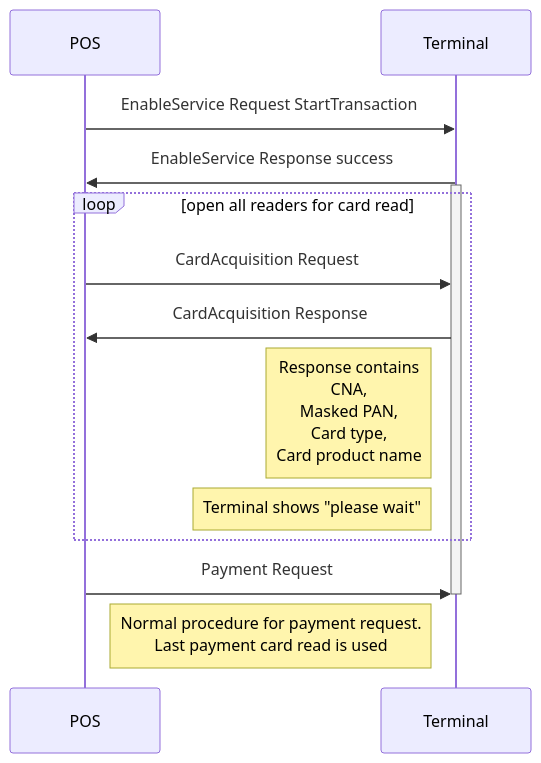
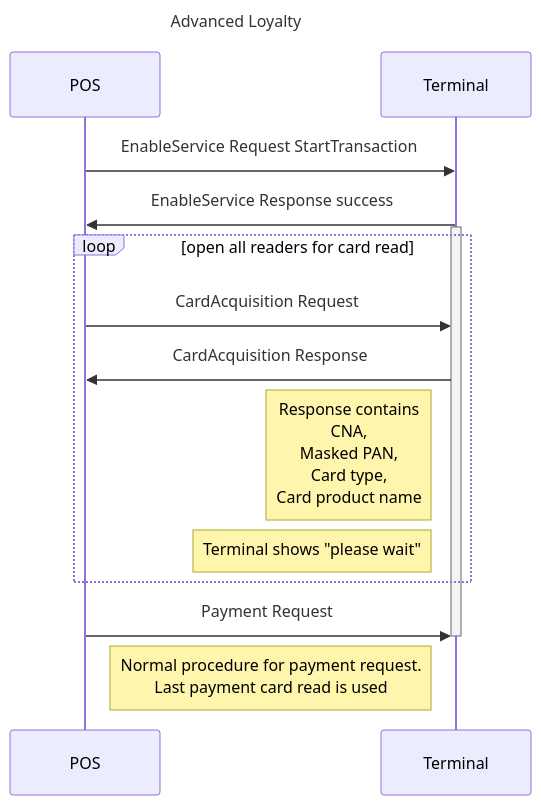
One commit to SwedbankPay/developer.swedbankpay.com changed the first of 4 diagrams in pax-terminal/Nexo-Retailer/get-card-ahead.md. Above: the diagram before and after it, drawn with Mermaid. The commit also changed other lines of this file and 66 other files, not shown here.

Commit message:
Added titles in sequence diagrams

````diff
--- a/pax-terminal/Nexo-Retailer/get-card-ahead.md
+++ b/pax-terminal/Nexo-Retailer/get-card-ahead.md
@@ -15,17 +15,18 @@
 ```mermaid
 sequenceDiagram
+title: Advanced Loyalty
 participant POS
 participant Terminal
     POS->>Terminal: EnableService Request StartTransaction
     Terminal->>POS: EnableService Response success
     activate Terminal
     loop open all readers for card read
         POS->>Terminal: CardAcquisition Request
         Terminal->>POS: CardAcquisition Response
         Note left of Terminal: Response contains<br/>CNA,<br/>Masked PAN,<br/>Card type,<br/>Card product name
         Note left of Terminal: Terminal shows "please wait"
     end
     POS->>Terminal: Payment Request
     deactivate Terminal
     Note right of POS: Normal procedure for payment request.<br/>Last payment card read is used
 ```
````
